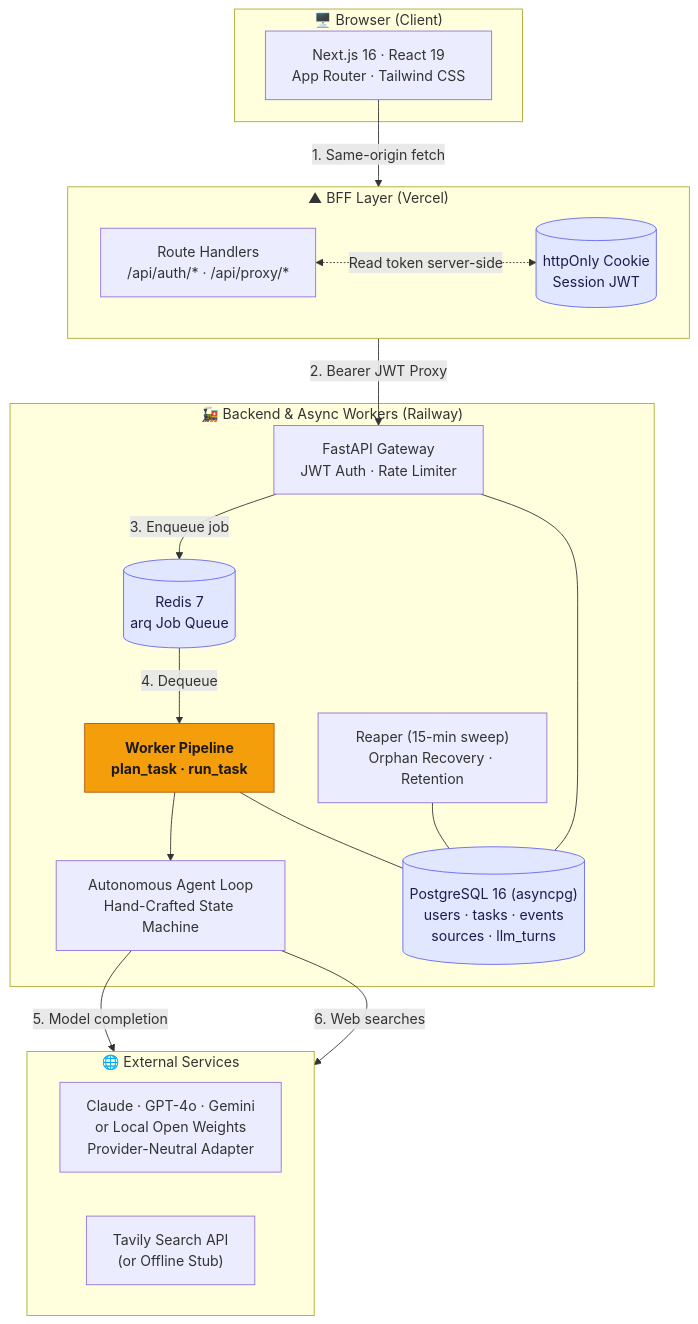
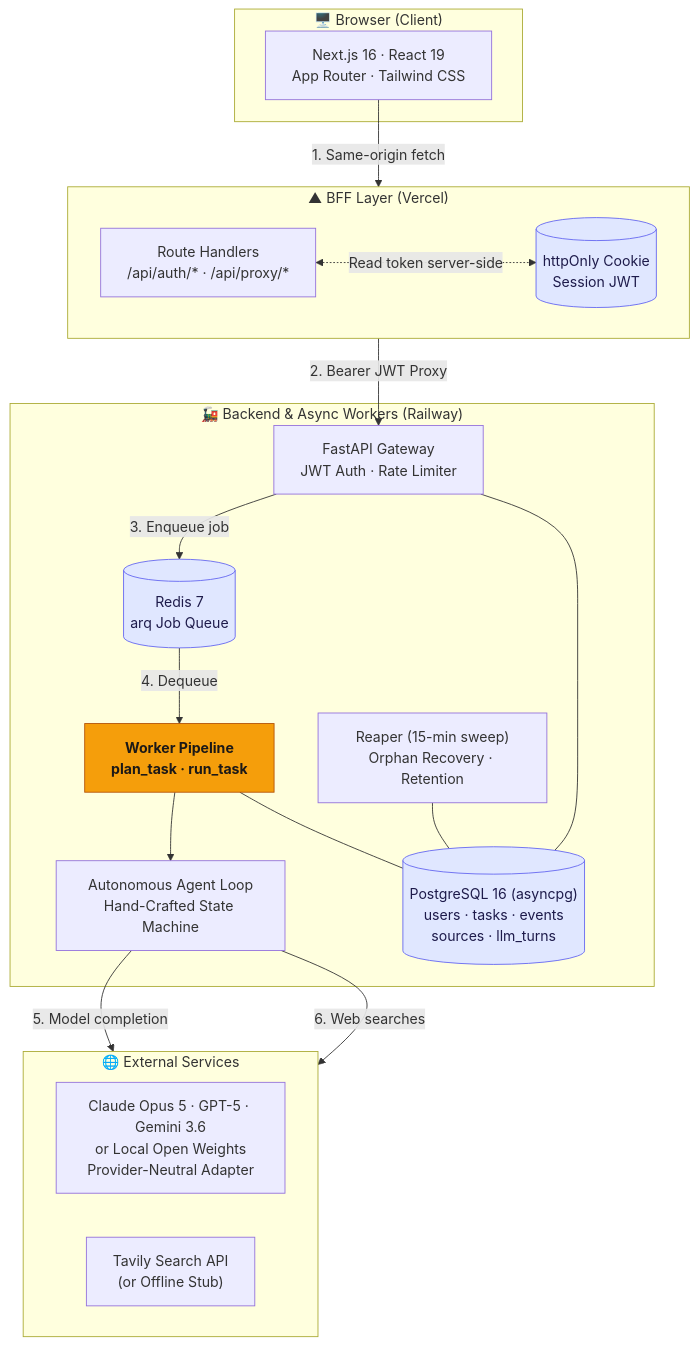
Before and after one commit to Samuelj16/Human-in-the-Loop: the diagram in README.md, drawn with Mermaid. The commit also changed other lines of this file and 11 other files, not shown here.

````diff
--- a/README.md
+++ b/README.md
@@ -55,44 +57,44 @@
 ```mermaid
 flowchart TD
     subgraph browser["🖥️  Browser (Client)"]
         UI["Next.js 16 · React 19<br/>App Router · Tailwind CSS"]
     end
 
     subgraph vercel["▲  BFF Layer (Vercel)"]
         direction LR
         RH["Route Handlers<br/>/api/auth/* · /api/proxy/*"]
         CK[("httpOnly Cookie<br/>Session JWT")]
     end
 
     subgraph railway["🚂  Backend & Async Workers (Railway)"]
         API["FastAPI Gateway<br/>JWT Auth · Rate Limiter"]
         RD[("Redis 7<br/>arq Job Queue")]
         JOBS["Worker Pipeline<br/>plan_task · run_task"]
         AGENT["Autonomous Agent Loop<br/>Hand-Crafted State Machine"]
         PG[("PostgreSQL 16 (asyncpg)<br/>users · tasks · events<br/>sources · llm_turns")]
         REAP["Reaper (15-min sweep)<br/>Orphan Recovery · Retention"]
     end
 
     subgraph ext["🌐  External Services"]
         direction LR
-        LLM["Claude · GPT-4o · Gemini<br/>or Local Open Weights<br/>Provider-Neutral Adapter"]
+        LLM["Claude Opus 5 · GPT-5 · Gemini 3.6<br/>or Local Open Weights<br/>Provider-Neutral Adapter"]
         TAV["Tavily Search API<br/>(or Offline Stub)"]
     end
 
     UI -->|"1. Same-origin fetch"| RH
     RH <-.->|"Read token server-side"| CK
     RH -->|"2. Bearer JWT Proxy"| API
     API -->|"3. Enqueue job"| RD
     RD -->|"4. Dequeue"| JOBS
     JOBS --> AGENT
     AGENT -->|"5. Model completion"| LLM
     AGENT -->|"6. Web searches"| TAV
     API --- PG
     JOBS --- PG
     REAP --- PG
 
     classDef gate fill:#f59e0b,stroke:#b45309,color:#1c1917,font-weight:bold
     classDef store fill:#e0e7ff,stroke:#6366f1,color:#1e1b4b
     class JOBS gate
     class PG,RD,CK store
 ```
````
